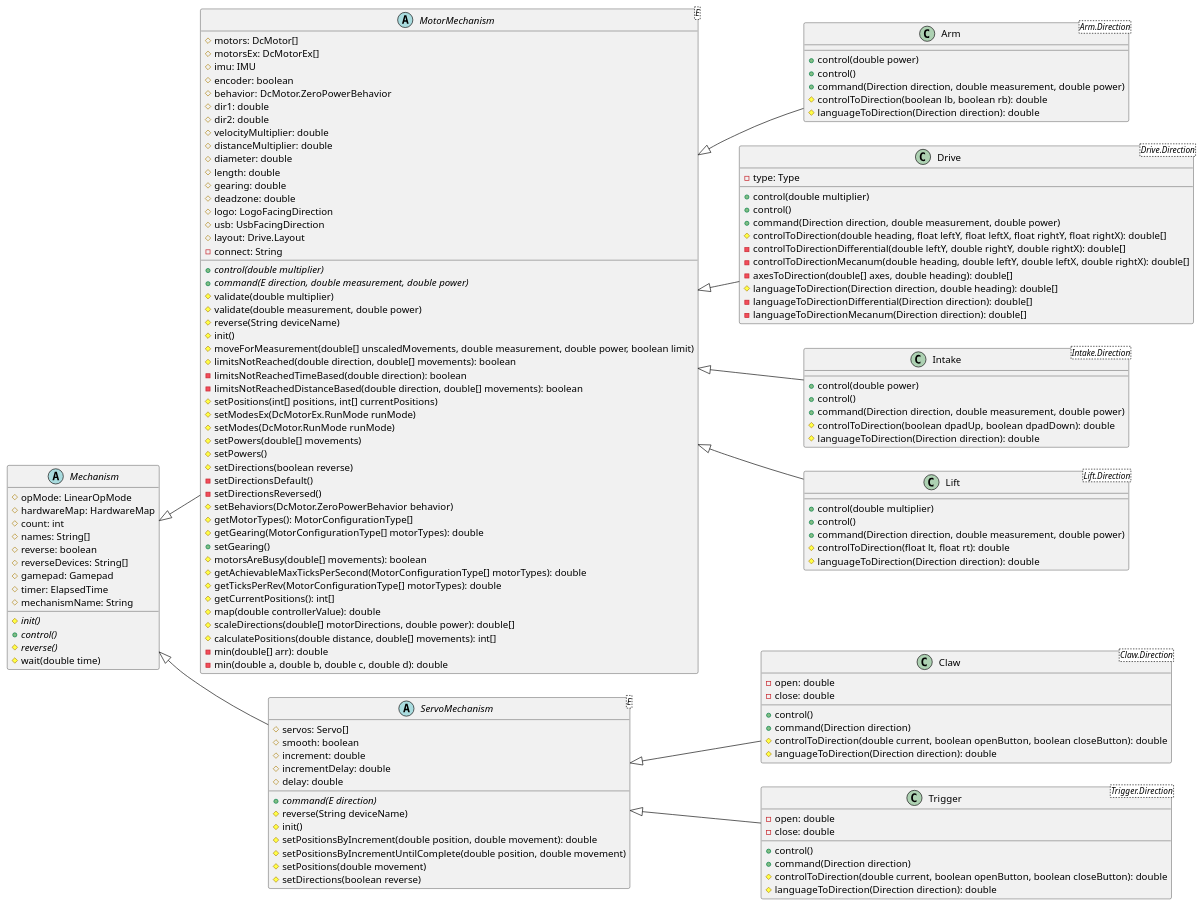
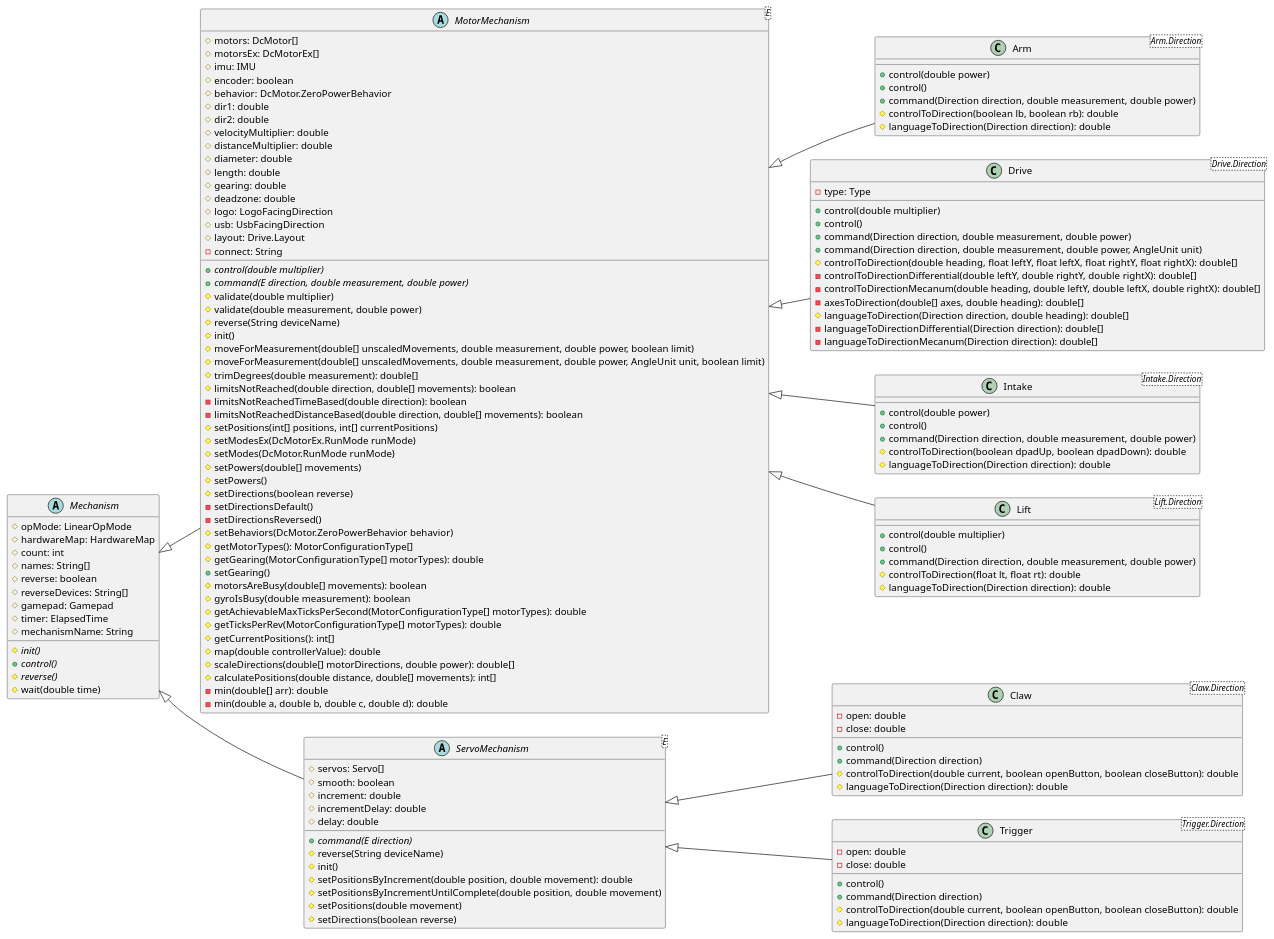
One commit to Collegiate-Edu-Nation/easy-ftc changed the diagram in docs/uml/src/mechanism.puml. Above: the diagram before and after it, drawn with PlantUML.

Commit message:
docs: add gyro turn fn's to uml

```diff
--- a/docs/uml/src/mechanism.puml
+++ b/docs/uml/src/mechanism.puml
@@ -1,153 +1,157 @@
 @startuml
 
 left to right direction
 
 abstract class Mechanism {
     # opMode: LinearOpMode
     # hardwareMap: HardwareMap
     # count: int
     # names: String[]
     # reverse: boolean
     # reverseDevices: String[]
     # gamepad: Gamepad
     # timer: ElapsedTime
     # mechanismName: String
     {abstract}# init()
     {abstract}+ control()
     {abstract}# reverse()
     # wait(double time)
 }
 
 abstract class MotorMechanism<E> {
     # motors: DcMotor[] 
     # motorsEx: DcMotorEx[] 
     # imu: IMU
     # encoder: boolean
     # behavior: DcMotor.ZeroPowerBehavior
     # dir1: double
     # dir2: double
     # velocityMultiplier: double
     # distanceMultiplier: double
     # diameter: double
     # length: double
     # gearing: double
     # deadzone: double
     # logo: LogoFacingDirection
     # usb: UsbFacingDirection
     # layout: Drive.Layout
     - connect: String
     {abstract}+ control(double multiplier)
     {abstract}+ command(E direction, double measurement, double power)
     # validate(double multiplier)
     # validate(double measurement, double power)
     # reverse(String deviceName)
     # init()
     # moveForMeasurement(double[] unscaledMovements, double measurement, double power, boolean limit)
+    # moveForMeasurement(double[] unscaledMovements, double measurement, double power, AngleUnit unit, boolean limit)
+    # trimDegrees(double measurement): double[]
     # limitsNotReached(double direction, double[] movements): boolean
     - limitsNotReachedTimeBased(double direction): boolean
     - limitsNotReachedDistanceBased(double direction, double[] movements): boolean
     # setPositions(int[] positions, int[] currentPositions)
     # setModesEx(DcMotorEx.RunMode runMode)
     # setModes(DcMotor.RunMode runMode)
     # setPowers(double[] movements)
     # setPowers()
     # setDirections(boolean reverse)
     - setDirectionsDefault()
     - setDirectionsReversed()
     # setBehaviors(DcMotor.ZeroPowerBehavior behavior)
     # getMotorTypes(): MotorConfigurationType[]
     # getGearing(MotorConfigurationType[] motorTypes): double
     + setGearing()
     # motorsAreBusy(double[] movements): boolean
+    # gyroIsBusy(double measurement): boolean
     # getAchievableMaxTicksPerSecond(MotorConfigurationType[] motorTypes): double
     # getTicksPerRev(MotorConfigurationType[] motorTypes): double
     # getCurrentPositions(): int[]
     # map(double controllerValue): double
     # scaleDirections(double[] motorDirections, double power): double[]
     # calculatePositions(double distance, double[] movements): int[]
     - min(double[] arr): double
     - min(double a, double b, double c, double d): double
 }
 
 abstract class ServoMechanism<E> {
     # servos: Servo[]
     # smooth: boolean
     # increment: double
     # incrementDelay: double
     # delay: double
     {abstract}+ command(E direction)
     # reverse(String deviceName)
     # init()
     # setPositionsByIncrement(double position, double movement): double
     # setPositionsByIncrementUntilComplete(double position, double movement)
     # setPositions(double movement)
     # setDirections(boolean reverse)
 }
 
 class Arm<Arm.Direction> {
     + control(double power)
     + control()
     + command(Direction direction, double measurement, double power)
     # controlToDirection(boolean lb, boolean rb): double
     # languageToDirection(Direction direction): double
 }
 
 class Claw<Claw.Direction> {
     - open: double
     - close: double
     + control()
     + command(Direction direction)
     # controlToDirection(double current, boolean openButton, boolean closeButton): double
     # languageToDirection(Direction direction): double
 }
 
 class Drive<Drive.Direction> {
     - type: Type
     + control(double multiplier)
     + control()
     + command(Direction direction, double measurement, double power)
+    + command(Direction direction, double measurement, double power, AngleUnit unit)
     # controlToDirection(double heading, float leftY, float leftX, float rightY, float rightX): double[]
     - controlToDirectionDifferential(double leftY, double rightY, double rightX): double[]
     - controlToDirectionMecanum(double heading, double leftY, double leftX, double rightX): double[]
     - axesToDirection(double[] axes, double heading): double[]
     # languageToDirection(Direction direction, double heading): double[]
     - languageToDirectionDifferential(Direction direction): double[]
     - languageToDirectionMecanum(Direction direction): double[]
 }
 
 class Intake<Intake.Direction> {
     + control(double power)
     + control()
     + command(Direction direction, double measurement, double power)
     # controlToDirection(boolean dpadUp, boolean dpadDown): double
     # languageToDirection(Direction direction): double
 }
 
 class Lift<Lift.Direction> {
     + control(double multiplier)
     + control()
     + command(Direction direction, double measurement, double power)
     # controlToDirection(float lt, float rt): double
     # languageToDirection(Direction direction): double
 }
 
 class Trigger<Trigger.Direction> {
     - open: double
     - close: double
     + control()
     + command(Direction direction)
     # controlToDirection(double current, boolean openButton, boolean closeButton): double
     # languageToDirection(Direction direction): double
 }
 
 Mechanism <|-- MotorMechanism
 Mechanism <|-- ServoMechanism
 
 MotorMechanism <|-- Arm
 ServoMechanism <|-- Claw
 MotorMechanism <|-- Drive
 MotorMechanism <|-- Intake
 MotorMechanism <|-- Lift
 ServoMechanism <|-- Trigger
 
 @enduml
```
